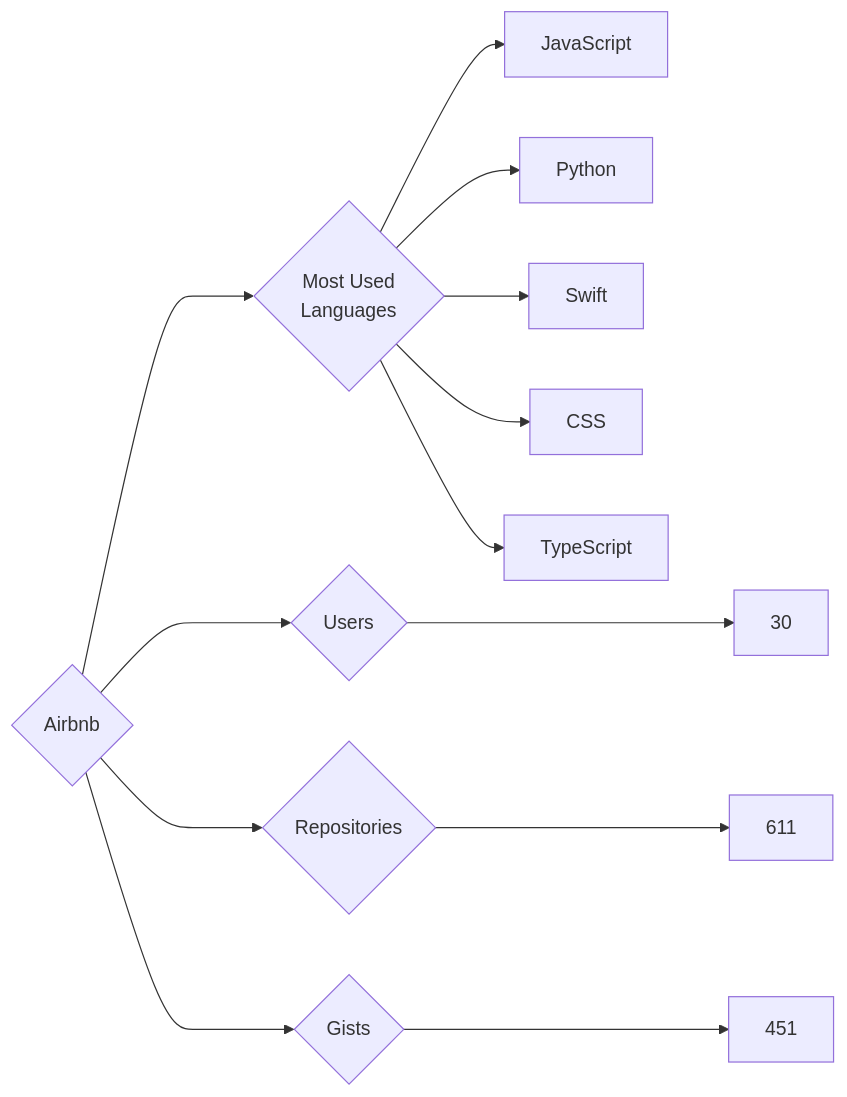
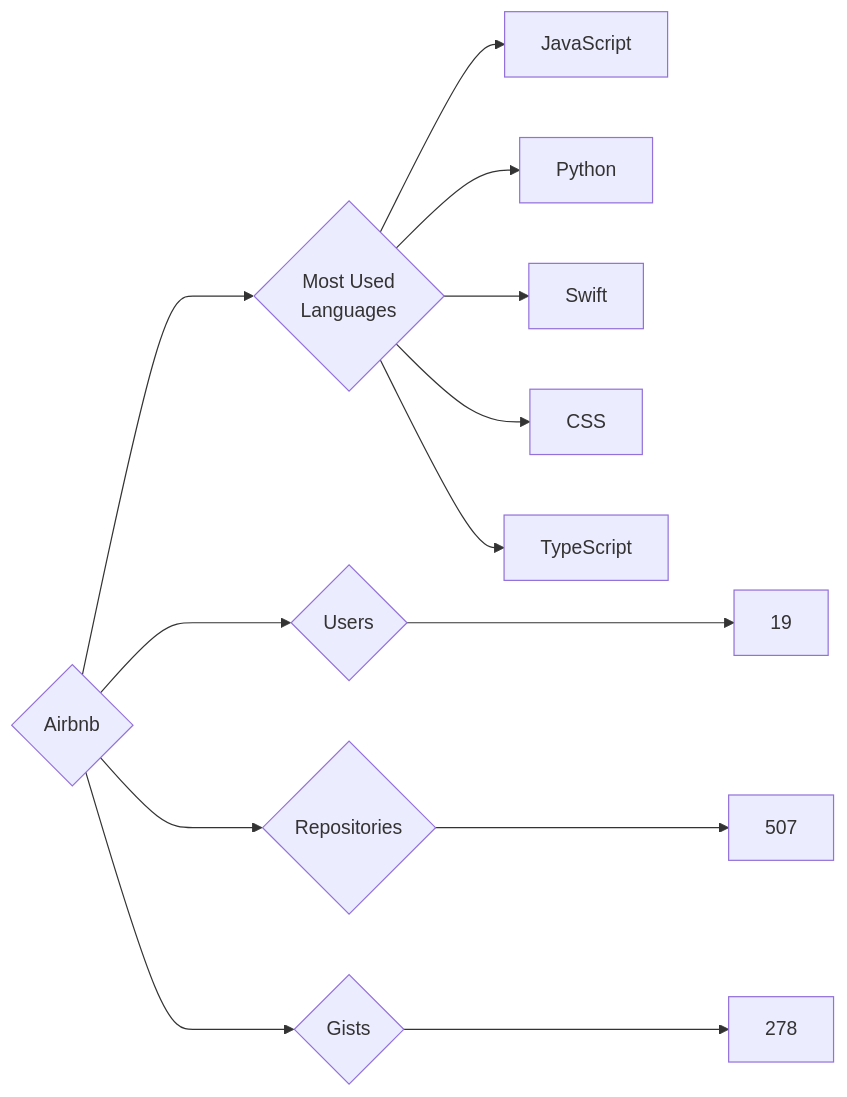
Before and after one commit to trickest/insiders: the diagram in targets/Airbnb/README.md, drawn with Mermaid. The commit also changed 629 other files, not shown here.

````diff
--- a/targets/Airbnb/README.md
+++ b/targets/Airbnb/README.md
@@ -3,13 +3,13 @@
 ```mermaid
 graph LR
 COMPANY_NAME{Airbnb}
-COMPANY_NAME ---> U{Users} ---> UN[30]
-COMPANY_NAME ---> R{Repositories} ---> RN[611]
-COMPANY_NAME ---> G{Gists} ---> GN[451]
+COMPANY_NAME ---> U{Users} ---> UN[19]
+COMPANY_NAME ---> R{Repositories} ---> RN[507]
+COMPANY_NAME ---> G{Gists} ---> GN[278]
 COMPANY_NAME ---> ML{Most Used<br>Languages}
 ML --> JavaScript[JavaScript]
 ML --> Python[Python]
 ML --> Swift[Swift]
 ML --> CSS[CSS]
 ML --> TypeScript[TypeScript]
 ```
````
